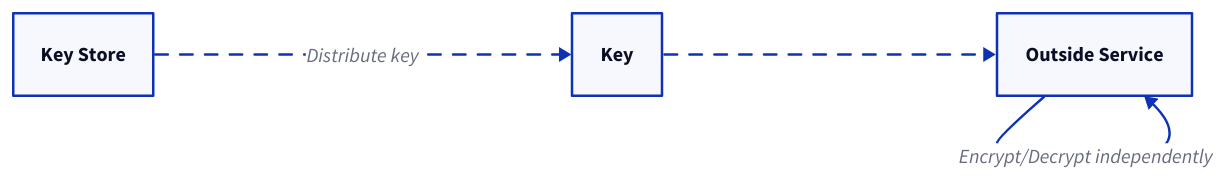
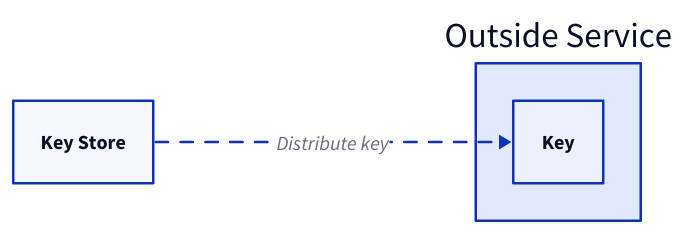
One commit to link1905/system-design-101 changed the tenth of 11 diagrams in content/docs/system-administration/system-protection/data-security.md. Above: the diagram before and after it, drawn with D2. The commit also changed other lines of this file and 4 other files, not shown here.

````diff
--- a/content/docs/system-administration/system-protection/data-security.md
+++ b/content/docs/system-administration/system-protection/data-security.md
@@ -583,25 +558,15 @@
 ```d2
 direction: right
 
 s: Outside Service {
-  class: server
+  k: Key {
+    class: pub-key
+  }
 }
-
 ks: Key Store {
-  class: kms
+  class: pri-key
 }
-
-k: Key {
-  class: key
-}
-
-ks -> k: Distribute key {
+ks -> s.k: Distribute key {
   style.animated: true
 }
-
-k -> s {
-  style.animated: true
-}
-
-s -> s: Encrypt/Decrypt independently
 ```
````
